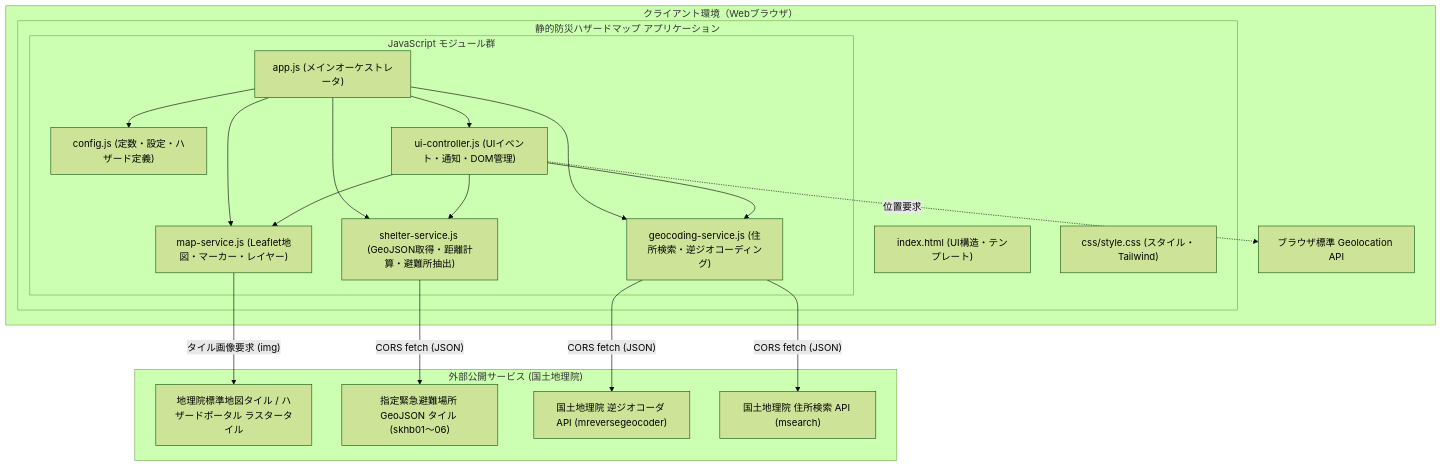
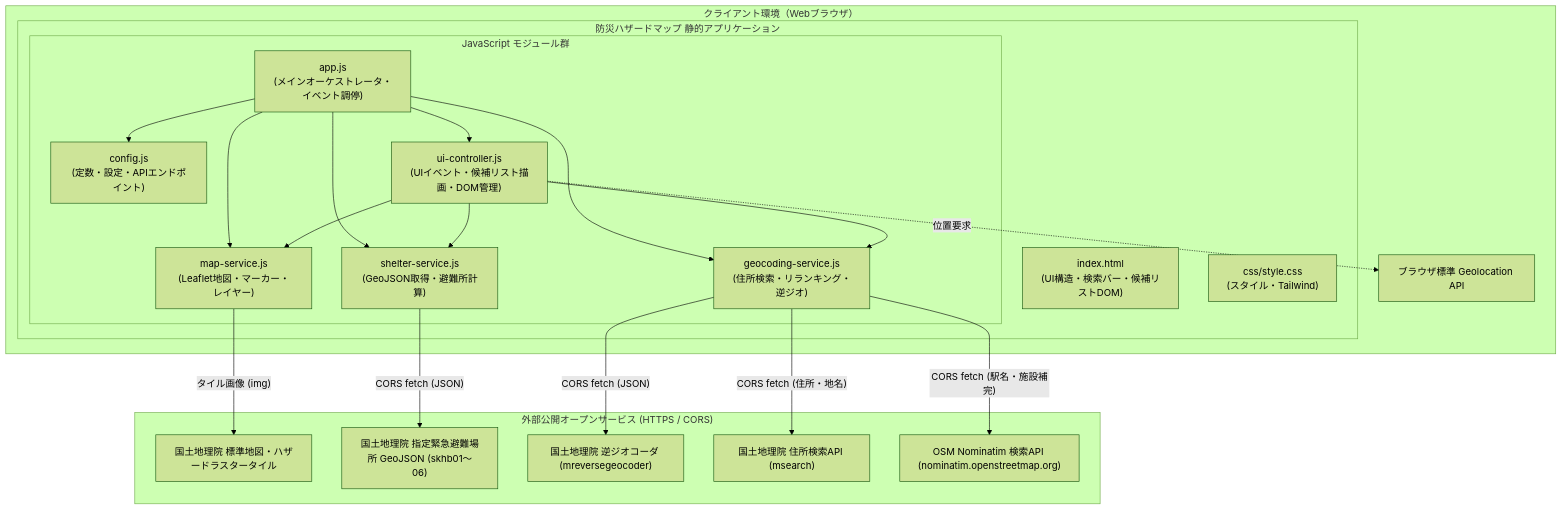
One commit to nankojin-ops/HazardMap-app changed the first of 2 diagrams in docs/architecture.md. Above: the diagram before and after it, drawn with Mermaid (forest theme). The commit also changed other lines of this file and 12 other files, not shown here.

````diff
--- a/docs/architecture.md
+++ b/docs/architecture.md
@@ -86,41 +102,43 @@
 ```mermaid
 flowchart TB
     subgraph Browser ["クライアント環境（Webブラウザ）"]
-        subgraph StaticApp ["静的防災ハザードマップ アプリケーション"]
-            HTML["index.html (UI構造・テンプレート)"]
-            CSS["css/style.css (スタイル・Tailwind)"]
+        subgraph StaticApp ["防災ハザードマップ 静的アプリケーション"]
+            HTML["index.html\n(UI構造・検索バー・候補リストDOM)"]
+            CSS["css/style.css\n(スタイル・Tailwind)"]
             
             subgraph JSModules ["JavaScript モジュール群"]
-                App["app.js (メインオーケストレータ)"]
-                Config["config.js (定数・設定・ハザード定義)"]
-                UIController["ui-controller.js (UIイベント・通知・DOM管理)"]
-                MapService["map-service.js (Leaflet地図・マーカー・レイヤー)"]
-                ShelterService["shelter-service.js (GeoJSON取得・距離計算・避難所抽出)"]
-                GeocodingService["geocoding-service.js (住所検索・逆ジオコーディング)"]
+                App["app.js\n(メインオーケストレータ・イベント調停)"]
+                Config["config.js\n(定数・設定・APIエンドポイント)"]
+                UIController["ui-controller.js\n(UIイベント・候補リスト描画・DOM管理)"]
+                MapService["map-service.js\n(Leaflet地図・マーカー・レイヤー)"]
+                ShelterService["shelter-service.js\n(GeoJSON取得・避難所計算)"]
+                GeocodingService["geocoding-service.js\n(住所検索・リランキング・逆ジオ)"]
             end
         end
         GeoAPI["ブラウザ標準 Geolocation API"]
     end
 
-    subgraph ExternalServices ["外部公開サービス (国土地理院)"]
-        GSI_Tiles["地理院標準地図タイル / ハザードポータル ラスタータイル"]
-        GSI_GeoJSON["指定緊急避難場所 GeoJSON タイル (skhb01〜06)"]
-        GSI_Reverse["国土地理院 逆ジオコーダ API (mreversegeocoder)"]
-        GSI_Search["国土地理院 住所検索 API (msearch)"]
+    subgraph ExternalServices ["外部公開オープンサービス (HTTPS / CORS)"]
+        GSI_Tiles["国土地理院 標準地図・ハザードラスタータイル"]
+        GSI_GeoJSON["国土地理院 指定緊急避難場所 GeoJSON (skhb01〜06)"]
+        GSI_Reverse["国土地理院 逆ジオコーダ (mreversegeocoder)"]
+        GSI_Search["国土地理院 住所検索API (msearch)"]
+        OSM_Nominatim["OSM Nominatim 検索API (nominatim.openstreetmap.org)"]
     end
 
     App --> Config
     App --> UIController
     App --> MapService
     App --> ShelterService
     App --> GeocodingService
     UIController --> MapService
     UIController --> ShelterService
     UIController --> GeocodingService
 
     UIController -.位置要求.-> GeoAPI
-    MapService -- "タイル画像要求 (img)" --> GSI_Tiles
+    MapService -- "タイル画像 (img)" --> GSI_Tiles
     ShelterService -- "CORS fetch (JSON)" --> GSI_GeoJSON
     GeocodingService -- "CORS fetch (JSON)" --> GSI_Reverse
-    GeocodingService -- "CORS fetch (JSON)" --> GSI_Search
+    GeocodingService -- "CORS fetch (住所・地名)" --> GSI_Search
+    GeocodingService -- "CORS fetch (駅名・施設補完)" --> OSM_Nominatim
 ```
````
